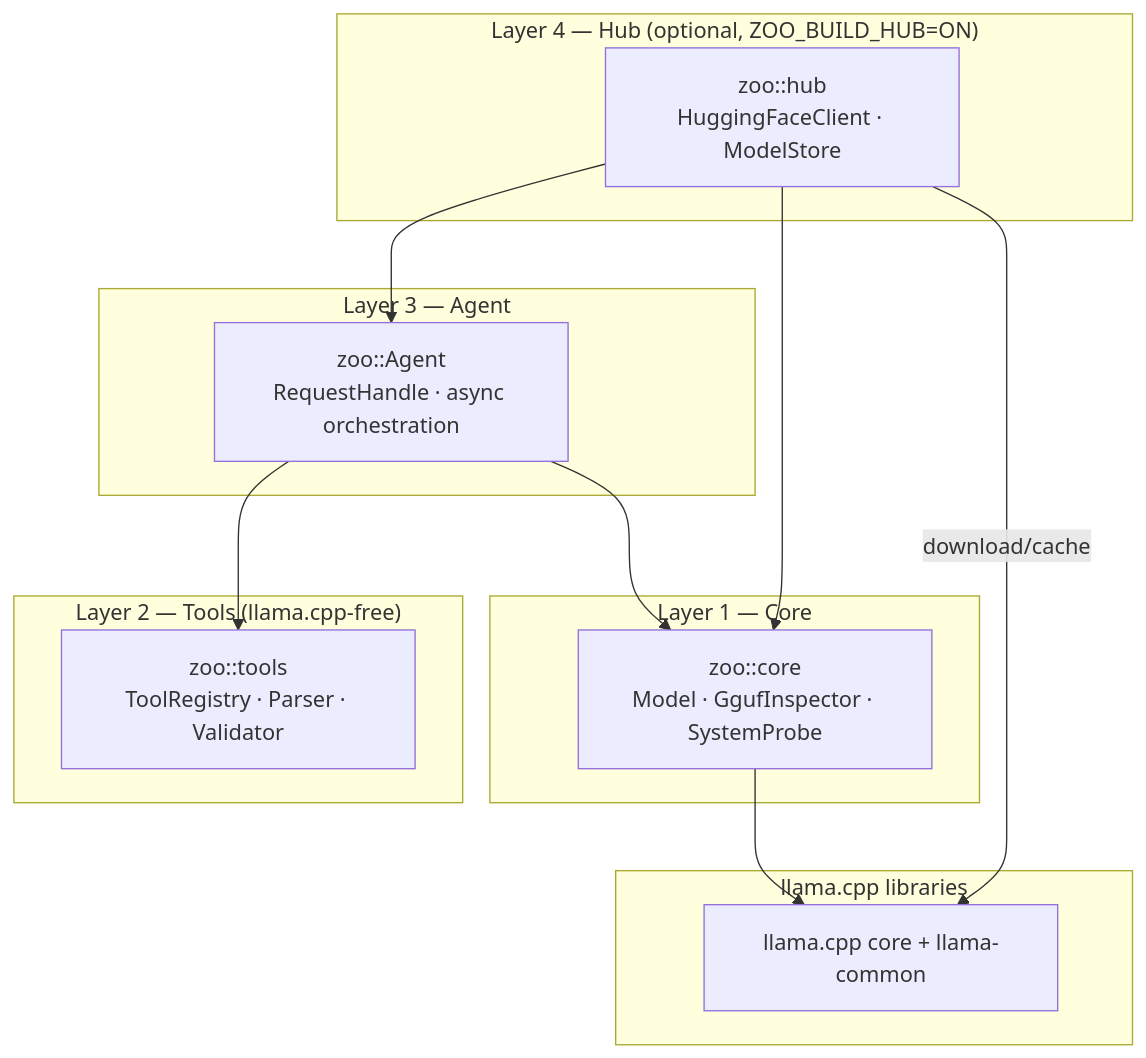
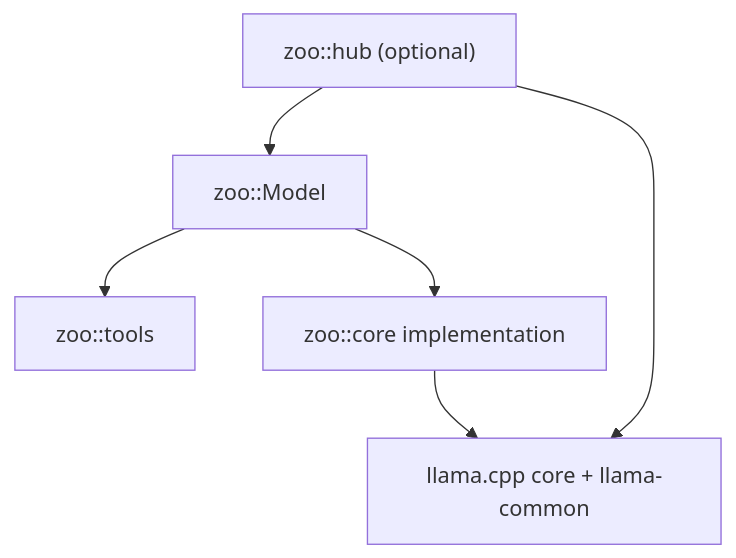
Before and after one commit to crybo-rybo/zoo-keeper: the diagram in docs/spec.md, drawn with Mermaid. The commit also changed other lines of this file and 74 other files, not shown here.

````diff
--- a/docs/spec.md
+++ b/docs/spec.md
@@ -56,30 +40,8 @@
 ```mermaid
 flowchart TB
-    subgraph L4["Layer 4 — Hub (optional, ZOO_BUILD_HUB=ON)"]
-        H["zoo::hub<br/>HuggingFaceClient · ModelStore"]
-    end
-
-    subgraph L3["Layer 3 — Agent"]
-        A["zoo::Agent<br/>RequestHandle · async orchestration"]
-    end
-
-    subgraph L2["Layer 2 — Tools (llama.cpp-free)"]
-        T["zoo::tools<br/>ToolRegistry · Parser · Validator"]
-    end
-
-    subgraph L1["Layer 1 — Core"]
-        C["zoo::core<br/>Model · GgufInspector · SystemProbe"]
-    end
-
-    subgraph Llama["llama.cpp libraries"]
-        LL["llama.cpp core + llama-common"]
-    end
-
-    H --> A
-    H --> C
-    H -->|"download/cache"| LL
-    A --> T
-    A --> C
-    C --> LL
-
+    H["zoo::hub (optional)"] --> M["zoo::Model"]
+    M --> T["zoo::tools"]
+    M --> C["zoo::core implementation"]
+    C --> L["llama.cpp core + llama-common"]
+    H --> L
 ```
````
